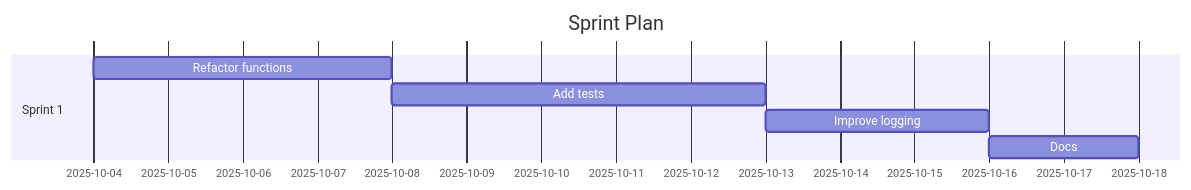
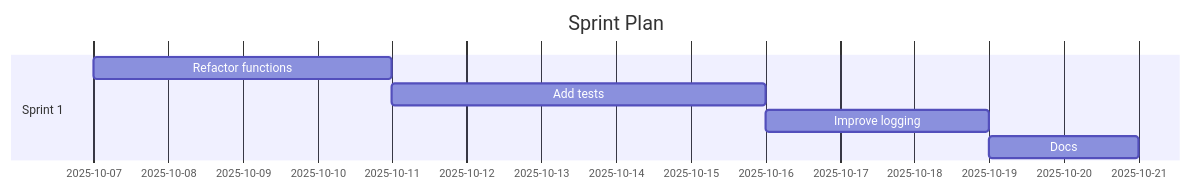
One commit to Anselmoo/mcp-ai-agent-guidelines changed the diagram in demos/demo-code-analysis.sprint.md. Above: the diagram before and after it, drawn with Mermaid. The commit also changed other lines of this file and 13 other files, not shown here.

````diff
--- a/demos/demo-code-analysis.sprint.md
+++ b/demos/demo-code-analysis.sprint.md
@@ -58,11 +58,11 @@
 ```mermaid
 gantt
 	dateFormat  YYYY-MM-DD
 	title Sprint Plan
 %% Accessibility: Title=Project Sprint Plan; Description=Gantt chart of sprints and tasks over time. %%
   section Sprint 1
-  Refactor functions :s1t0, 2025-10-04, 4d
-  Add tests :s1t1, 2025-10-08, 5d
-  Improve logging :s1t2, 2025-10-13, 3d
-  Docs :s1t3, 2025-10-16, 2d
+  Refactor functions :s1t0, 2025-10-07, 4d
+  Add tests :s1t1, 2025-10-11, 5d
+  Improve logging :s1t2, 2025-10-16, 3d
+  Docs :s1t3, 2025-10-19, 2d
 ```
````
